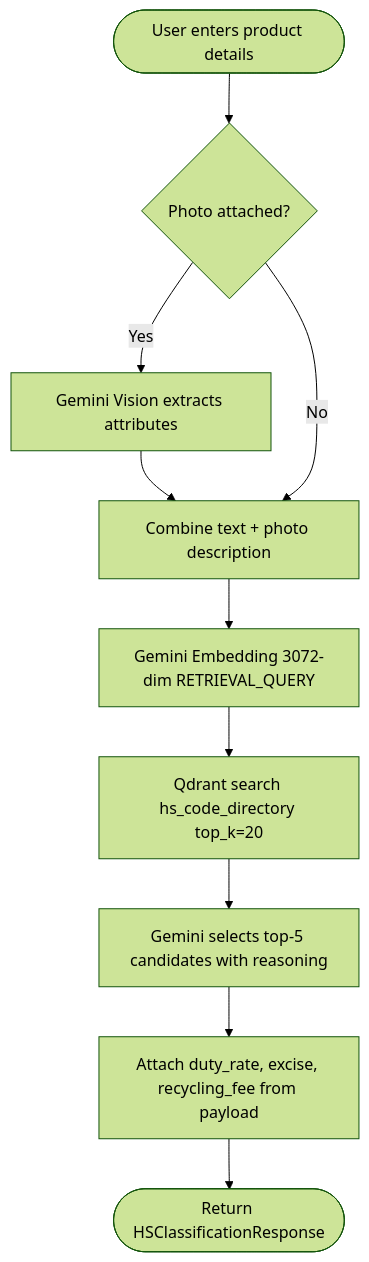
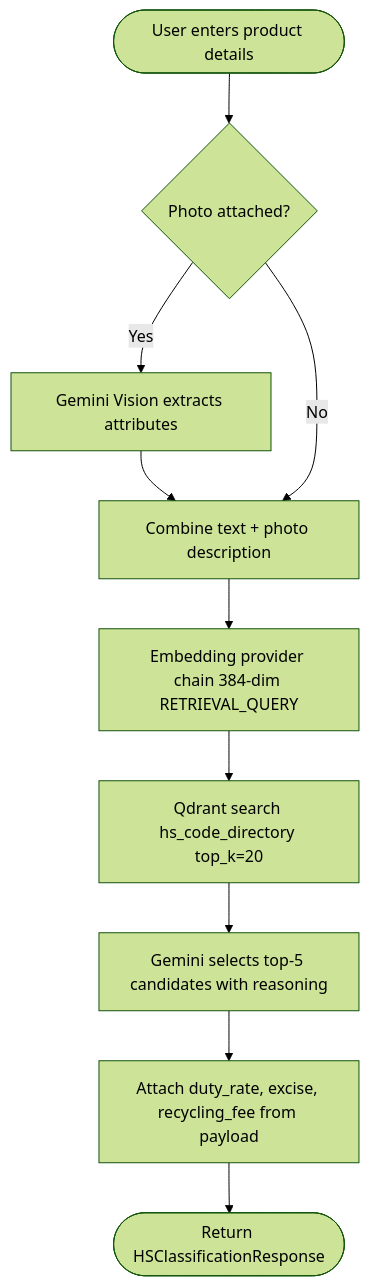
One commit to Laurentzius/smartkeden changed the first of 3 diagrams in flows/features/hs_classification_flow.md. Above: the diagram before and after it, drawn with Mermaid (forest theme). The commit also changed other lines of this file and 32 other files, not shown here.

````diff
--- a/flows/features/hs_classification_flow.md
+++ b/flows/features/hs_classification_flow.md
@@ -42,12 +42,12 @@
 ```mermaid
 flowchart TD
   Start([User enters product details]) --> HasPhoto{Photo attached?}
   HasPhoto -->|Yes| Vision[Gemini Vision extracts attributes]
   Vision --> Combined[Combine text + photo description]
   HasPhoto -->|No| Combined
-  Combined --> Embed[Gemini Embedding 3072-dim RETRIEVAL_QUERY]
+  Combined --> Embed[Embedding provider chain 384-dim RETRIEVAL_QUERY]
   Embed --> Search[Qdrant search hs_code_directory top_k=20]
   Search --> LLM[Gemini selects top-5 candidates with reasoning]
   LLM --> Enrich[Attach duty_rate, excise, recycling_fee from payload]
   Enrich --> Result([Return HSClassificationResponse])
 ```
````
